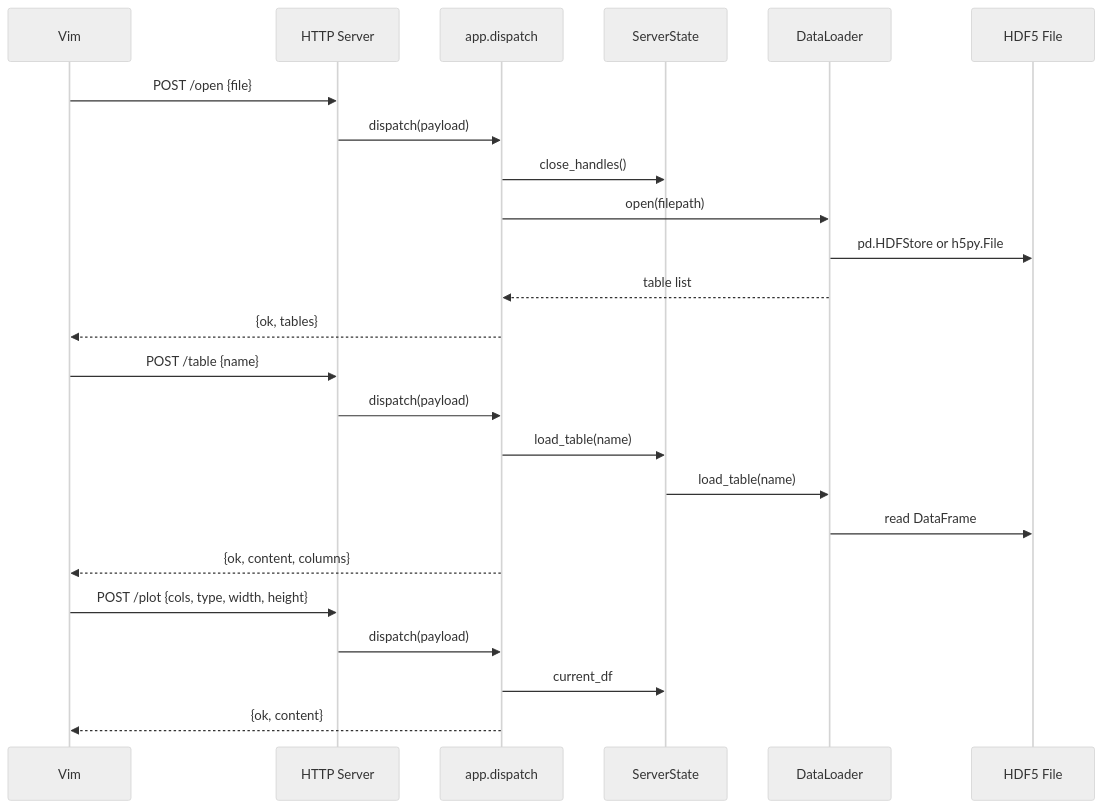
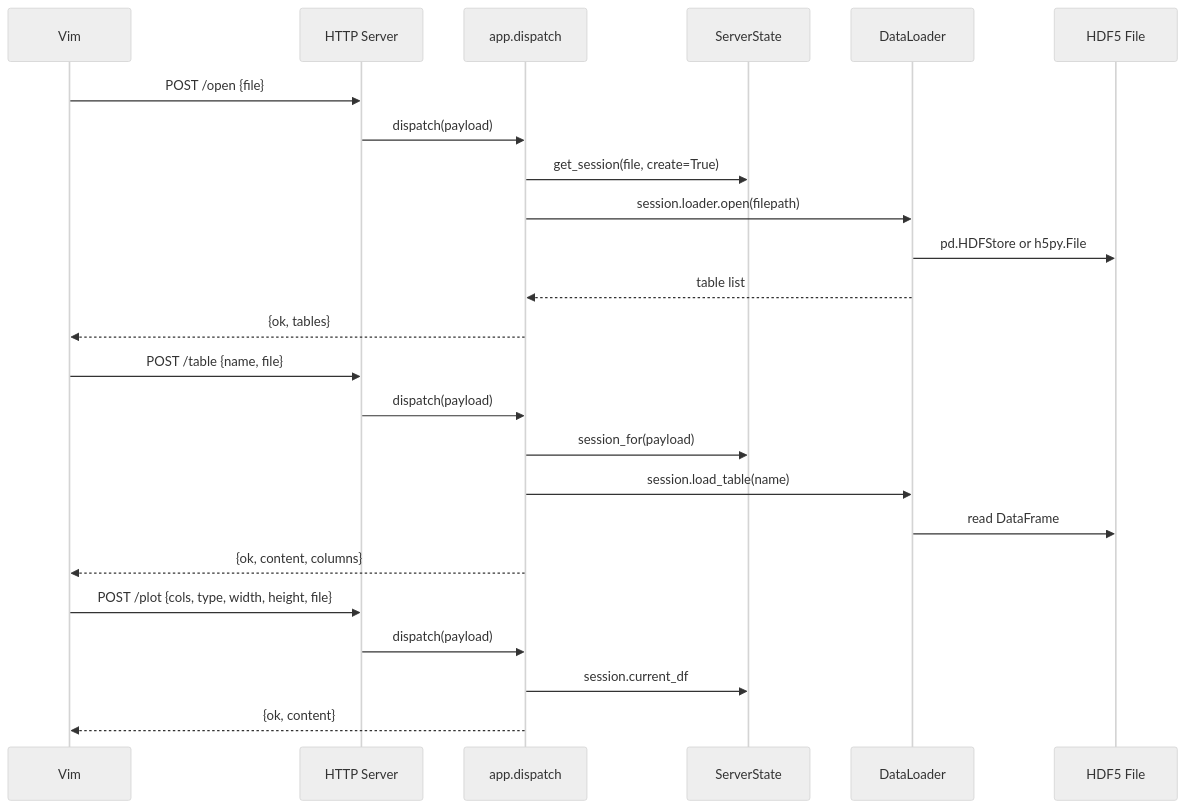
The second of 2 diagrams in python/README.md (Bobcheese39/VIME), drawn with Mermaid (neutral theme) before and after one commit. The commit also changed other lines of this file and 36 other files, not shown here.

````diff
--- a/python/README.md
+++ b/python/README.md
@@ -35,29 +37,29 @@
 ```mermaid
 sequenceDiagram
     participant Vim
     participant HTTP as HTTP Server
     participant Dispatch as app.dispatch
     participant State as ServerState
     participant Loader as DataLoader
     participant HDF5 as HDF5 File
 
     Vim->>HTTP: POST /open {file}
     HTTP->>Dispatch: dispatch(payload)
-    Dispatch->>State: close_handles()
-    Dispatch->>Loader: open(filepath)
+    Dispatch->>State: get_session(file, create=True)
+    Dispatch->>Loader: session.loader.open(filepath)
     Loader->>HDF5: pd.HDFStore or h5py.File
     Loader-->>Dispatch: table list
     Dispatch-->>Vim: {ok, tables}
 
-    Vim->>HTTP: POST /table {name}
+    Vim->>HTTP: POST /table {name, file}
     HTTP->>Dispatch: dispatch(payload)
-    Dispatch->>State: load_table(name)
-    State->>Loader: load_table(name)
+    Dispatch->>State: session_for(payload)
+    Dispatch->>Loader: session.load_table(name)
     Loader->>HDF5: read DataFrame
     Dispatch-->>Vim: {ok, content, columns}
 
-    Vim->>HTTP: POST /plot {cols, type, width, height}
+    Vim->>HTTP: POST /plot {cols, type, width, height, file}
     HTTP->>Dispatch: dispatch(payload)
-    Dispatch->>State: current_df
+    Dispatch->>State: session.current_df
     Dispatch-->>Vim: {ok, content}
 ```
````
